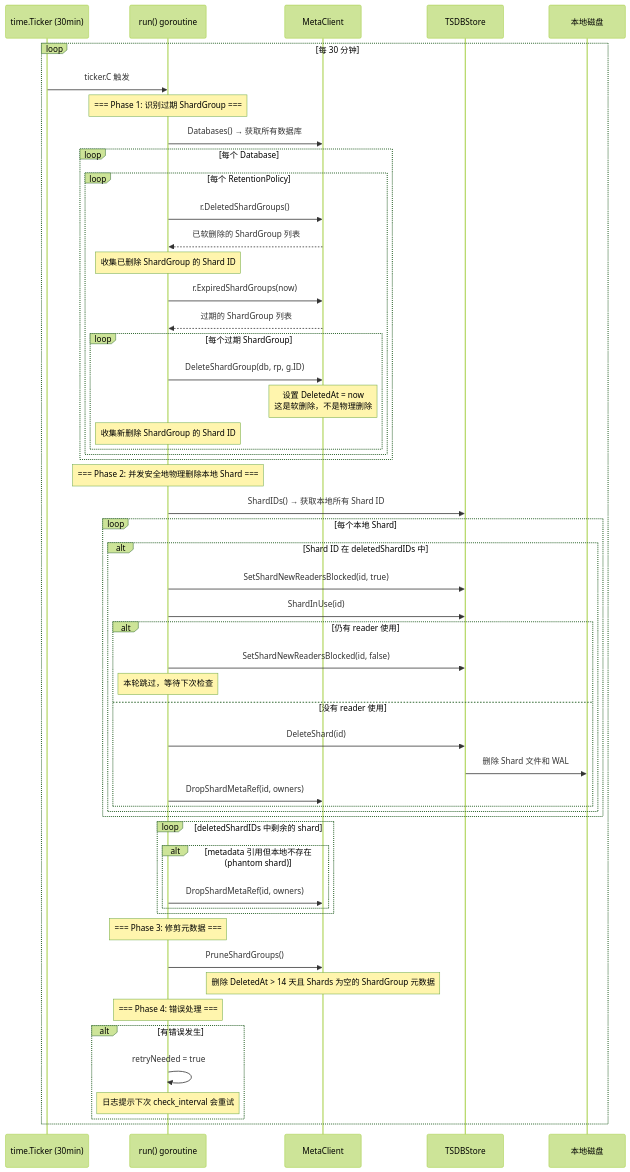
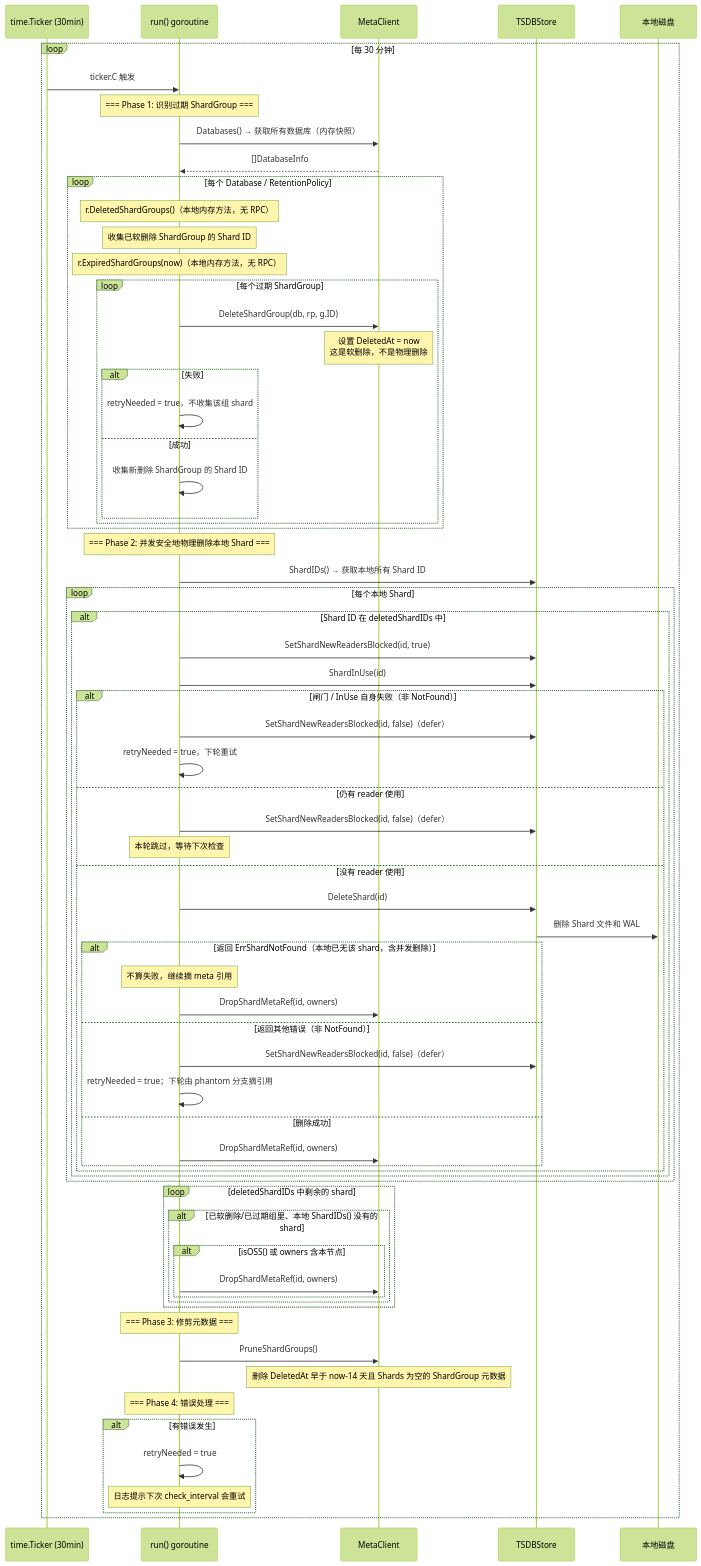
The fifth of 17 diagrams in docs/specs/12_background_services_spec.md (stefanv5/influxdb), drawn with Mermaid (forest theme) before and after one commit. The commit also changed other lines of this file and 18 other files, not shown here.

````diff
--- a/docs/specs/12_background_services_spec.md
+++ b/docs/specs/12_background_services_spec.md
@@ -315,62 +315,75 @@
 ```mermaid
 sequenceDiagram
     participant Ticker as time.Ticker (30min)
     participant Run as run() goroutine
     participant Meta as MetaClient
     participant TSDB as TSDBStore
     participant Disk as 本地磁盘
 
     loop 每 30 分钟
         Ticker->>Run: ticker.C 触发
 
         Note over Run: === Phase 1: 识别过期 ShardGroup ===
-        Run->>Meta: Databases() → 获取所有数据库
-        loop 每个 Database
-            loop 每个 RetentionPolicy
-                Run->>Meta: r.DeletedShardGroups()
-                Meta-->>Run: 已软删除的 ShardGroup 列表
-                Note over Run: 收集已删除 ShardGroup 的 Shard ID
-
-                Run->>Meta: r.ExpiredShardGroups(now)
-                Meta-->>Run: 过期的 ShardGroup 列表
-                loop 每个过期 ShardGroup
-                    Run->>Meta: DeleteShardGroup(db, rp, g.ID)
-                    Note over Meta: 设置 DeletedAt = now<br/>这是软删除，不是物理删除
-                    Note over Run: 收集新删除 ShardGroup 的 Shard ID
+        Run->>Meta: Databases() → 获取所有数据库（内存快照）
+        Meta-->>Run: []DatabaseInfo
+        loop 每个 Database / RetentionPolicy
+            Note over Run: r.DeletedShardGroups()（本地内存方法，无 RPC）
+            Note over Run: 收集已软删除 ShardGroup 的 Shard ID
+            Note over Run: r.ExpiredShardGroups(now)（本地内存方法，无 RPC）
+            loop 每个过期 ShardGroup
+                Run->>Meta: DeleteShardGroup(db, rp, g.ID)
+                Note over Meta: 设置 DeletedAt = now<br/>这是软删除，不是物理删除
+                alt 失败
+                    Run->>Run: retryNeeded = true，不收集该组 shard
+                else 成功
+                    Run->>Run: 收集新删除 ShardGroup 的 Shard ID
                 end
             end
         end
 
         Note over Run: === Phase 2: 并发安全地物理删除本地 Shard ===
         Run->>TSDB: ShardIDs() → 获取本地所有 Shard ID
         loop 每个本地 Shard
             alt Shard ID 在 deletedShardIDs 中
                 Run->>TSDB: SetShardNewReadersBlocked(id, true)
                 Run->>TSDB: ShardInUse(id)
-                alt 仍有 reader 使用
-                    Run->>TSDB: SetShardNewReadersBlocked(id, false)
+                alt 闸门 / InUse 自身失败（非 NotFound）
+                    Run->>TSDB: SetShardNewReadersBlocked(id, false)（defer）
+                    Run->>Run: retryNeeded = true，下轮重试
+                else 仍有 reader 使用
+                    Run->>TSDB: SetShardNewReadersBlocked(id, false)（defer）
                     Note over Run: 本轮跳过，等待下次检查
                 else 没有 reader 使用
                     Run->>TSDB: DeleteShard(id)
                     TSDB->>Disk: 删除 Shard 文件和 WAL
-                    Run->>Meta: DropShardMetaRef(id, owners)
+                    alt 返回 ErrShardNotFound（本地已无该 shard，含并发删除）
+                        Note over Run: 不算失败，继续摘 meta 引用
+                        Run->>Meta: DropShardMetaRef(id, owners)
+                    else 返回其他错误（非 NotFound）
+                        Run->>TSDB: SetShardNewReadersBlocked(id, false)（defer）
+                        Run->>Run: retryNeeded = true；下轮由 phantom 分支摘引用
+                    else 删除成功
+                        Run->>Meta: DropShardMetaRef(id, owners)
+                    end
                 end
             end
         end
         loop deletedShardIDs 中剩余的 shard
-            alt metadata 引用但本地不存在 (phantom shard)
-                Run->>Meta: DropShardMetaRef(id, owners)
+            alt 已软删除/已过期组里、本地 ShardIDs() 没有的 shard
+                alt isOSS() 或 owners 含本节点
+                    Run->>Meta: DropShardMetaRef(id, owners)
+                end
             end
         end
 
         Note over Run: === Phase 3: 修剪元数据 ===
         Run->>Meta: PruneShardGroups()
-        Note over Meta: 删除 DeletedAt > 14 天且 Shards 为空的 ShardGroup 元数据
+        Note over Meta: 删除 DeletedAt 早于 now-14 天且 Shards 为空的 ShardGroup 元数据
 
         Note over Run: === Phase 4: 错误处理 ===
         alt 有错误发生
             Run->>Run: retryNeeded = true
             Note over Run: 日志提示下次 check_interval 会重试
         end
     end
 ```
````
